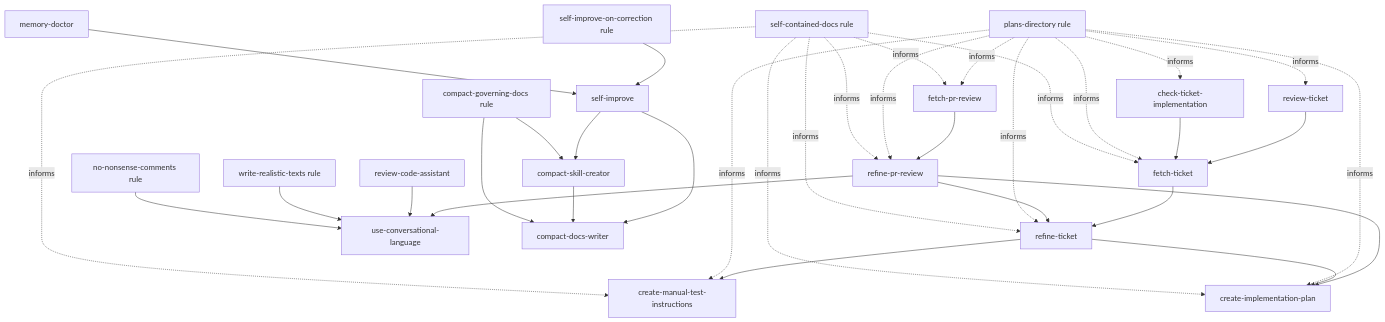
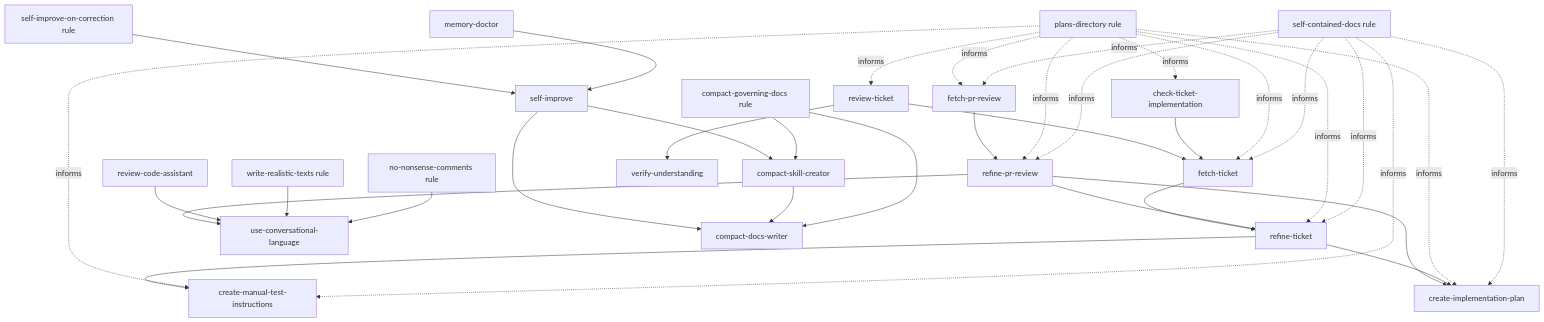
One commit to eai-org/agent-toolkit changed the diagram in README.md. Above: the diagram before and after it, drawn with Mermaid. The commit also changed other lines of this file and 2 other files, not shown here.

Commit message:
feat(review-ticket): output summary of feature goal + understanding verification skill

````diff
--- a/README.md
+++ b/README.md
@@ -247,39 +251,40 @@
 ```mermaid
 flowchart TD
   fetch_ticket["fetch-ticket"] --> refine["refine-ticket"]
   fetch_pr["fetch-pr-review"] --> refine_pr["refine-pr-review"]
   refine_pr --> refine
   refine_pr --> plan
   refine_pr --> express["use-conversational-language"]
   review_code["review-code-assistant"] --> express
   realistic_rule["write-realistic-texts rule"] --> express
   nonsense_rule["no-nonsense-comments rule"] --> express
   review_ticket["review-ticket"] --> fetch_ticket
+  review_ticket --> verify_understanding["verify-understanding"]
   check_impl["check-ticket-implementation"] --> fetch_ticket
   refine --> manual["create-manual-test-instructions"]
   refine --> plan["create-implementation-plan"]
 
   self_rule["self-improve-on-correction rule"] --> self["self-improve"]
   self --> compact["compact-skill-creator"]
   self --> compact_docs["compact-docs-writer"]
   compact --> compact_docs
   memory_doctor["memory-doctor"] --> self
   compact_gov["compact-governing-docs rule"] --> compact
   compact_gov --> compact_docs
 
   plans_rule["plans-directory rule"] -. informs .-> fetch_ticket
   plans_rule -. informs .-> fetch_pr
   plans_rule -. informs .-> refine_pr
   plans_rule -. informs .-> refine
   plans_rule -. informs .-> manual
   plans_rule -. informs .-> plan
   plans_rule -. informs .-> review_ticket
   plans_rule -. informs .-> check_impl
 
   docs_rule["self-contained-docs rule"] -. informs .-> fetch_ticket
   docs_rule -. informs .-> fetch_pr
   docs_rule -. informs .-> refine_pr
   docs_rule -. informs .-> refine
   docs_rule -. informs .-> manual
   docs_rule -. informs .-> plan
 ```
````
